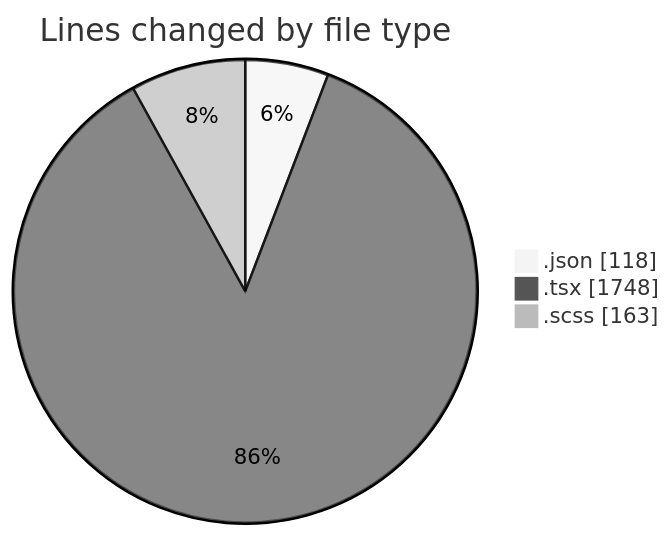
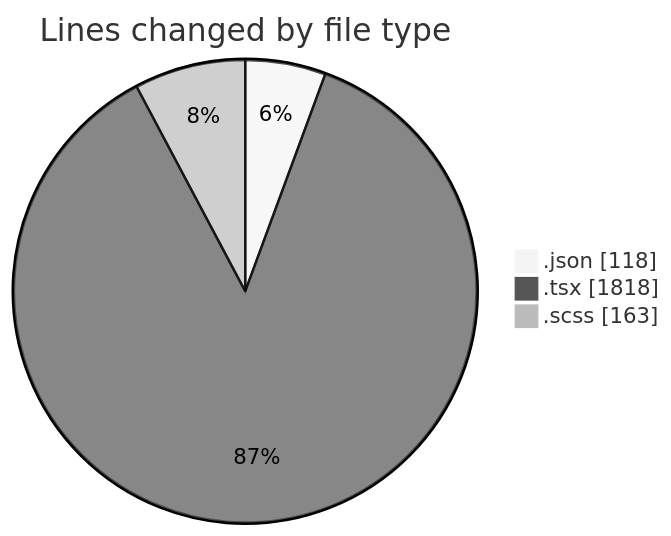
Before and after one commit to momahboobian/code-tracking: the first of 2 diagrams in 2025-11-19/cda/README.md, drawn with Mermaid (neutral theme). The commit also changed other lines of this file and 1 other file, not shown here.

````diff
--- a/2025-11-19/cda/README.md
+++ b/2025-11-19/cda/README.md
@@ -22,7 +23,7 @@
 ```mermaid
 pie showData
 title Lines changed by file type
 ".json" : 118
-".tsx" : 1748
+".tsx" : 1818
 ".scss" : 163
 ```
````
